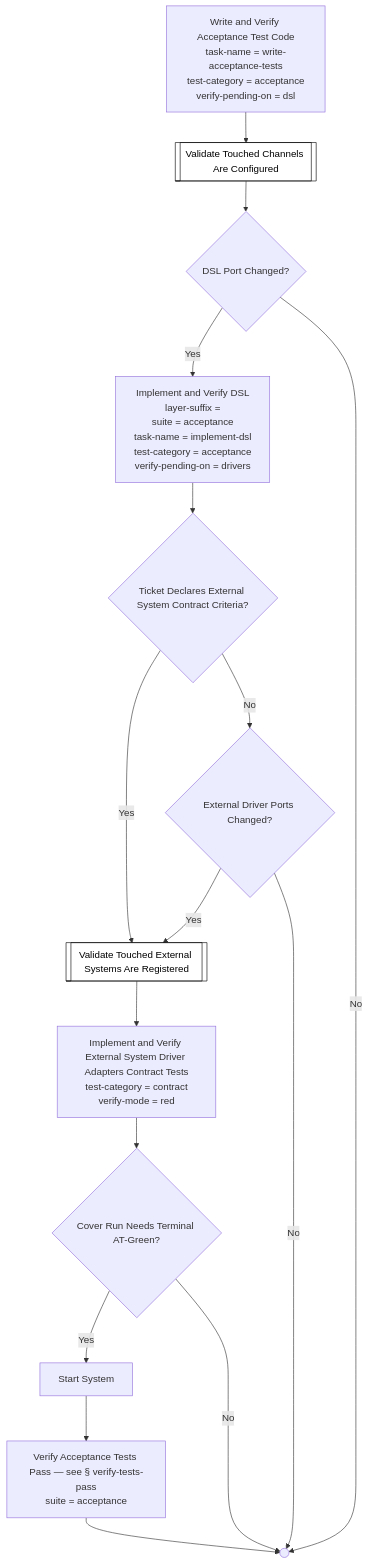
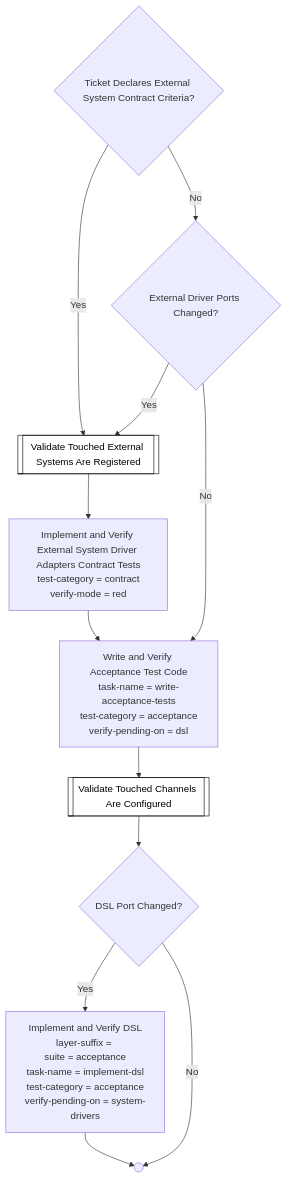
Before and after one commit to optivem/gh-optivem: diagram 15 of 55 in docs/process-diagram.md, drawn with Mermaid. The commit also changed 1 other file, not shown here.

Commit message:
atdd: regenerate process-flow diagram

````diff
--- a/docs/process-diagram.md
+++ b/docs/process-diagram.md
@@ -287,34 +287,27 @@
 ```mermaid
 flowchart TD
-    WRITE_AND_VERIFY_ACCEPTANCE_TEST_CODE["Write and Verify Acceptance Test Code<br/>task-name = write-acceptance-tests<br/>test-category = acceptance<br/>verify-pending-on = dsl"]
-    VALIDATE_CHANNELS_REGISTERED[[Validate Touched Channels Are Configured]]
-    GATE_DSL_PORT_CHANGED{DSL Port Changed?}
-    IMPLEMENT_AND_VERIFY_DSL["Implement and Verify DSL<br/>layer-suffix = <br/>suite = acceptance<br/>task-name = implement-dsl<br/>test-category = acceptance<br/>verify-pending-on = drivers"]
-    SHARED_CONTRACT_END(( ))
     GATE_TICKET_HAS_ESCC{Ticket Declares External System Contract Criteria?}
     VALIDATE_EXTERNAL_SYSTEMS_REGISTERED[[Validate Touched External Systems Are Registered]]
     GATE_EXTERNAL_DRIVER_PORTS_CHANGED{External Driver Ports Changed?}
     IMPLEMENT_AND_VERIFY_EXTERNAL_DRIVER_ADAPTERS["Implement and Verify External System Driver Adapters Contract Tests<br/>test-category = contract<br/>verify-mode = red"]
-    GATE_AT_TERMINAL_GREEN{Cover Run Needs Terminal AT-Green?}
-    START_SYSTEM_AT_TERMINAL[Start System]
-    VERIFY_TESTS_PASS_ACCEPTANCE_TERMINAL["Verify Acceptance Tests Pass — see § verify-tests-pass<br/>suite = acceptance"]
+    WRITE_AND_VERIFY_ACCEPTANCE_TEST_CODE["Write and Verify Acceptance Test Code<br/>task-name = write-acceptance-tests<br/>test-category = acceptance<br/>verify-pending-on = dsl"]
+    VALIDATE_CHANNELS_REGISTERED[[Validate Touched Channels Are Configured]]
+    GATE_DSL_PORT_CHANGED{DSL Port Changed?}
+    IMPLEMENT_AND_VERIFY_DSL["Implement and Verify DSL<br/>layer-suffix = <br/>suite = acceptance<br/>task-name = implement-dsl<br/>test-category = acceptance<br/>verify-pending-on = system-drivers"]
+    SHARED_CONTRACT_END(( ))
 
+    GATE_TICKET_HAS_ESCC -- Yes --> VALIDATE_EXTERNAL_SYSTEMS_REGISTERED
+    GATE_TICKET_HAS_ESCC -- No --> GATE_EXTERNAL_DRIVER_PORTS_CHANGED
+    GATE_EXTERNAL_DRIVER_PORTS_CHANGED -- Yes --> VALIDATE_EXTERNAL_SYSTEMS_REGISTERED
+    GATE_EXTERNAL_DRIVER_PORTS_CHANGED -- No --> WRITE_AND_VERIFY_ACCEPTANCE_TEST_CODE
+    VALIDATE_EXTERNAL_SYSTEMS_REGISTERED --> IMPLEMENT_AND_VERIFY_EXTERNAL_DRIVER_ADAPTERS
+    IMPLEMENT_AND_VERIFY_EXTERNAL_DRIVER_ADAPTERS --> WRITE_AND_VERIFY_ACCEPTANCE_TEST_CODE
     WRITE_AND_VERIFY_ACCEPTANCE_TEST_CODE --> VALIDATE_CHANNELS_REGISTERED
     VALIDATE_CHANNELS_REGISTERED --> GATE_DSL_PORT_CHANGED
     GATE_DSL_PORT_CHANGED -- Yes --> IMPLEMENT_AND_VERIFY_DSL
     GATE_DSL_PORT_CHANGED -- No --> SHARED_CONTRACT_END
-    IMPLEMENT_AND_VERIFY_DSL --> GATE_TICKET_HAS_ESCC
-    GATE_TICKET_HAS_ESCC -- Yes --> VALIDATE_EXTERNAL_SYSTEMS_REGISTERED
-    GATE_TICKET_HAS_ESCC -- No --> GATE_EXTERNAL_DRIVER_PORTS_CHANGED
-    GATE_EXTERNAL_DRIVER_PORTS_CHANGED -- Yes --> VALIDATE_EXTERNAL_SYSTEMS_REGISTERED
-    GATE_EXTERNAL_DRIVER_PORTS_CHANGED -- No --> SHARED_CONTRACT_END
-    VALIDATE_EXTERNAL_SYSTEMS_REGISTERED --> IMPLEMENT_AND_VERIFY_EXTERNAL_DRIVER_ADAPTERS
-    IMPLEMENT_AND_VERIFY_EXTERNAL_DRIVER_ADAPTERS --> GATE_AT_TERMINAL_GREEN
-    GATE_AT_TERMINAL_GREEN -- Yes --> START_SYSTEM_AT_TERMINAL
-    GATE_AT_TERMINAL_GREEN -- No --> SHARED_CONTRACT_END
-    START_SYSTEM_AT_TERMINAL --> VERIFY_TESTS_PASS_ACCEPTANCE_TERMINAL
-    VERIFY_TESTS_PASS_ACCEPTANCE_TERMINAL --> SHARED_CONTRACT_END
+    IMPLEMENT_AND_VERIFY_DSL --> SHARED_CONTRACT_END
 
     classDef serviceNode fill:#ffffff,stroke:#000000,stroke-width:1px,color:#000000
     class VALIDATE_CHANNELS_REGISTERED,VALIDATE_EXTERNAL_SYSTEMS_REGISTERED serviceNode
 ```
````
